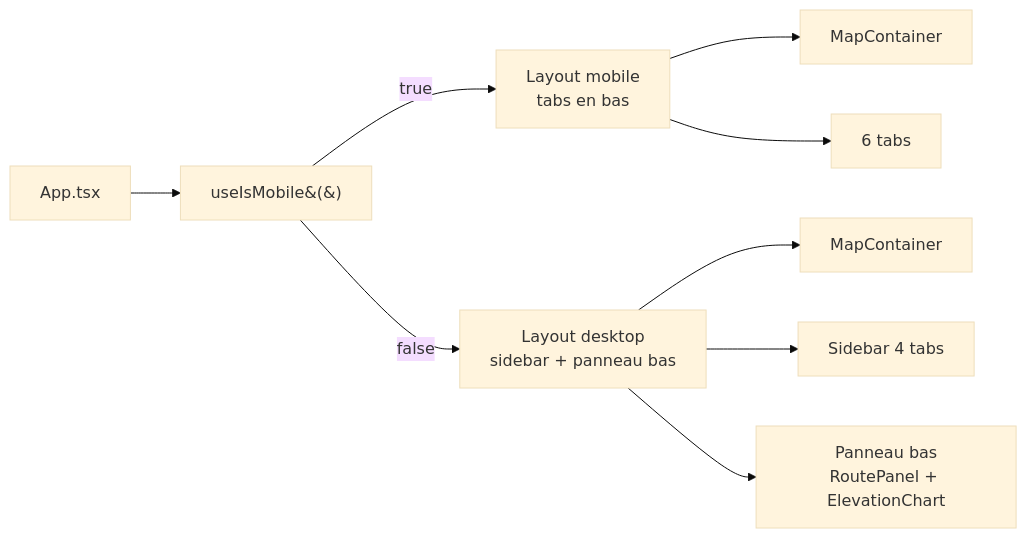
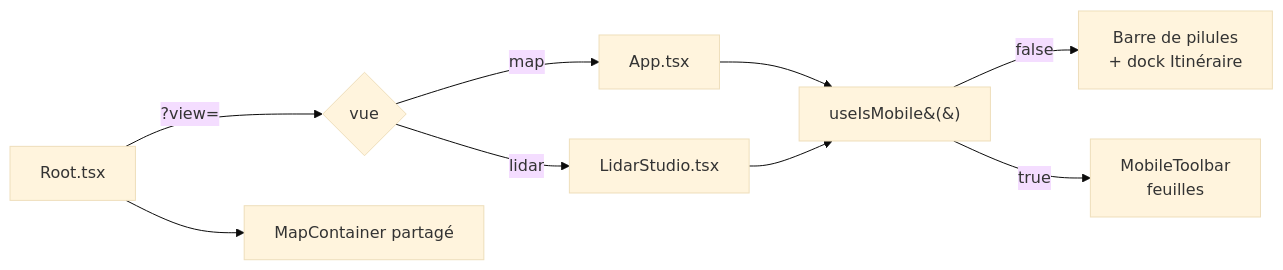
Before and after one commit to Plonk42/open-cairn: the diagram in docs/UI_SHELL_AND_RESPONSIVE.md, drawn with Mermaid (base theme). The commit also changed other lines of this file and 6 other files, not shown here.

````diff
--- a/docs/UI_SHELL_AND_RESPONSIVE.md
+++ b/docs/UI_SHELL_AND_RESPONSIVE.md
@@ -85,11 +121,11 @@
 ```mermaid
 flowchart LR
-    App[App.tsx] --> Hook[useIsMobile&#40;&#41;]
-    Hook -->|true| Mobile[Layout mobile<br/>tabs en bas]
-    Hook -->|false| Desktop[Layout desktop<br/>sidebar + panneau bas]
-    Mobile --> Map1[MapContainer]
-    Desktop --> Map2[MapContainer]
-    Mobile --> Tabs[6 tabs]
-    Desktop --> Side[Sidebar 4 tabs]
-    Desktop --> Bottom[Panneau bas<br/>RoutePanel + ElevationChart]
+    Root[Root.tsx] -->|?view=| Which{vue}
+    Root --> Map[MapContainer partagé]
+    Which -->|map| App[App.tsx]
+    Which -->|lidar| Studio[LidarStudio.tsx]
+    App --> Hook[useIsMobile&#40;&#41;]
+    Studio --> Hook
+    Hook -->|false| Desktop[Barre de pilules<br/>+ dock Itinéraire]
+    Hook -->|true| Mobile[MobileToolbar<br/>feuilles]
 ```
````
